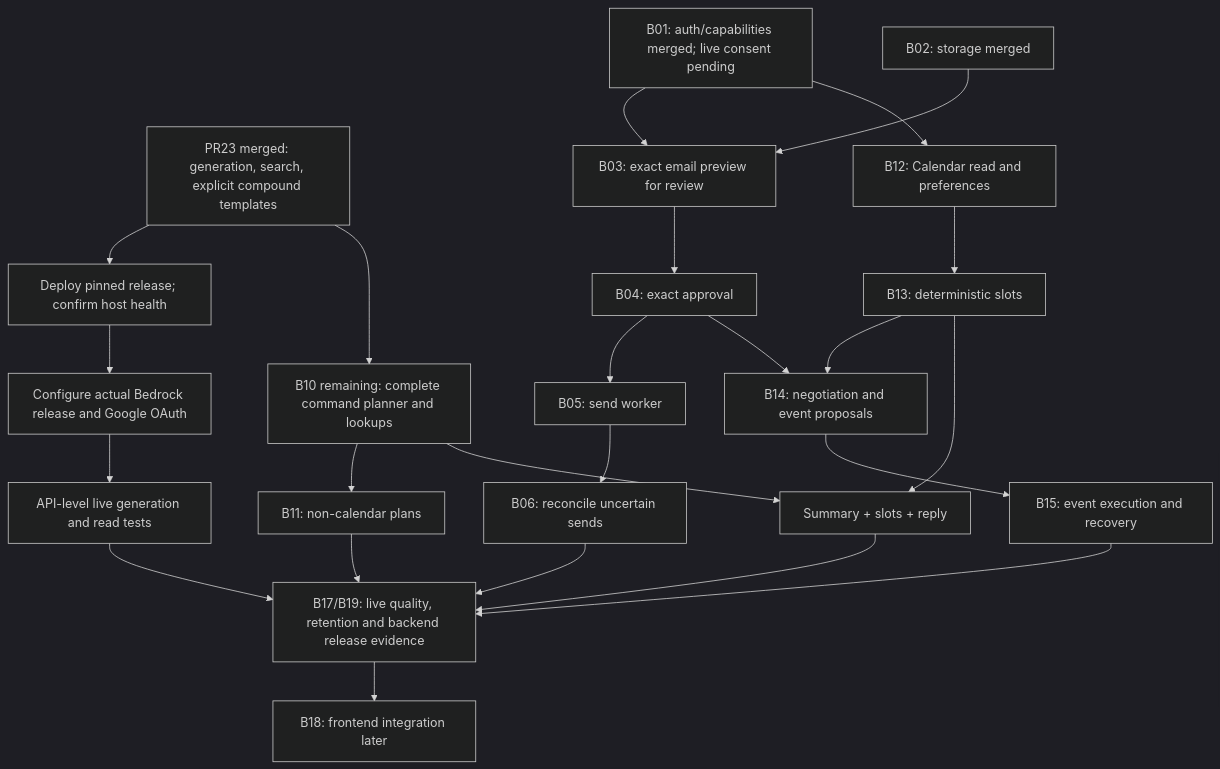
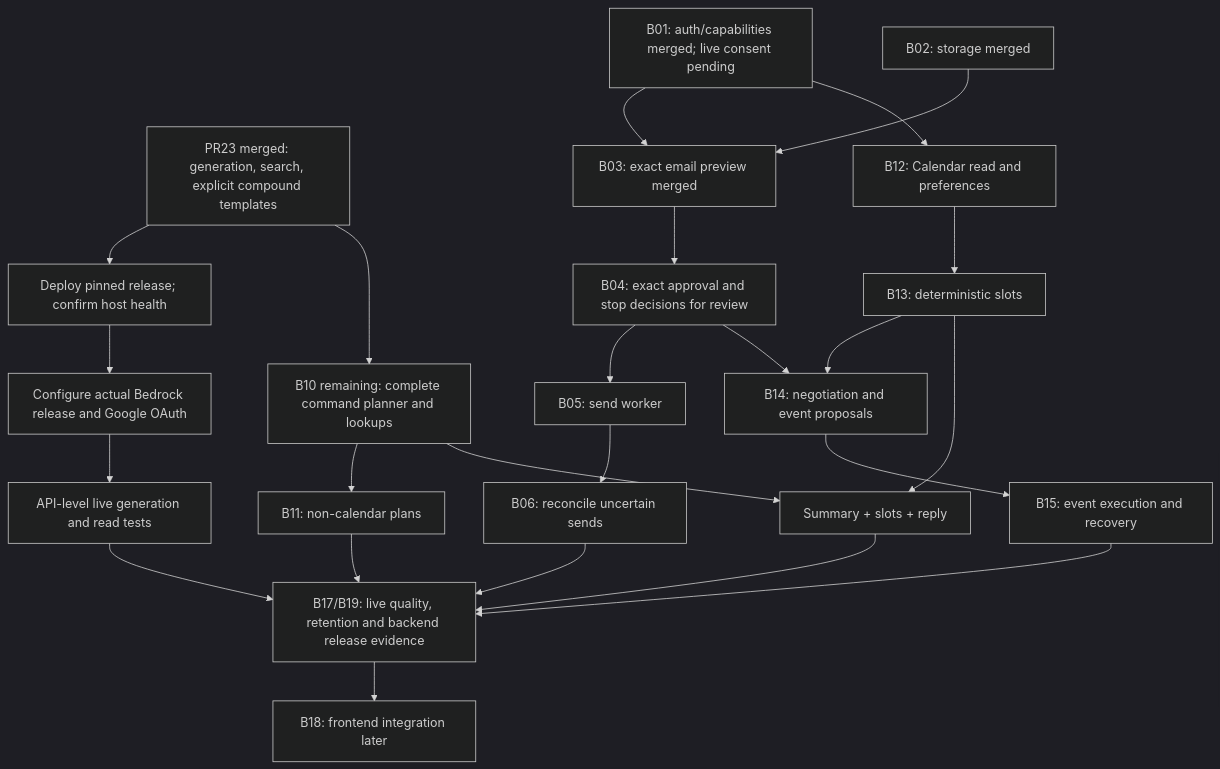
One commit to bhowmikdham/Threadly changed the second of 2 diagrams in docs/workflow-testing-map.md. Above: the diagram before and after it, drawn with Mermaid (dark theme). The commit also changed other lines of this file and 24 other files, not shown here.

Commit message:
feat(actions): bind exact approval and durable cancellation

````diff
--- a/docs/workflow-testing-map.md
+++ b/docs/workflow-testing-map.md
@@ -145,26 +145,26 @@
 ```mermaid
 flowchart TD
     MERGED[PR23 merged: generation, search, explicit compound templates] --> DEPLOY[Deploy pinned release; confirm host health]
     DEPLOY --> CONFIG[Configure actual Bedrock release and Google OAuth]
     CONFIG --> READTEST[API-level live generation and read tests]
-    B01[B01: auth/capabilities merged; live consent pending] --> B03[B03: exact email preview for review]
+    B01[B01: auth/capabilities merged; live consent pending] --> B03[B03: exact email preview merged]
     B02[B02: storage merged] --> B03
-    B03 --> B04[B04: exact approval]
+    B03 --> B04[B04: exact approval and stop decisions for review]
     B04 --> B05[B05: send worker]
     B05 --> B06[B06: reconcile uncertain sends]
     B01 --> B12[B12: Calendar read and preferences]
     B12 --> B13[B13: deterministic slots]
     B13 --> B14[B14: negotiation and event proposals]
     B04 --> B14
     B14 --> B15[B15: event execution and recovery]
     MERGED --> B10[B10 remaining: complete command planner and lookups]
     B10 --> B11[B11: non-calendar plans]
     B10 --> COMPOUND[Summary + slots + reply]
     B13 --> COMPOUND
     READTEST --> GATE[B17/B19: live quality, retention and backend release evidence]
     B06 --> GATE
     B15 --> GATE
     B11 --> GATE
     COMPOUND --> GATE
     GATE --> FRONT[B18: frontend integration later]
 ```
````
